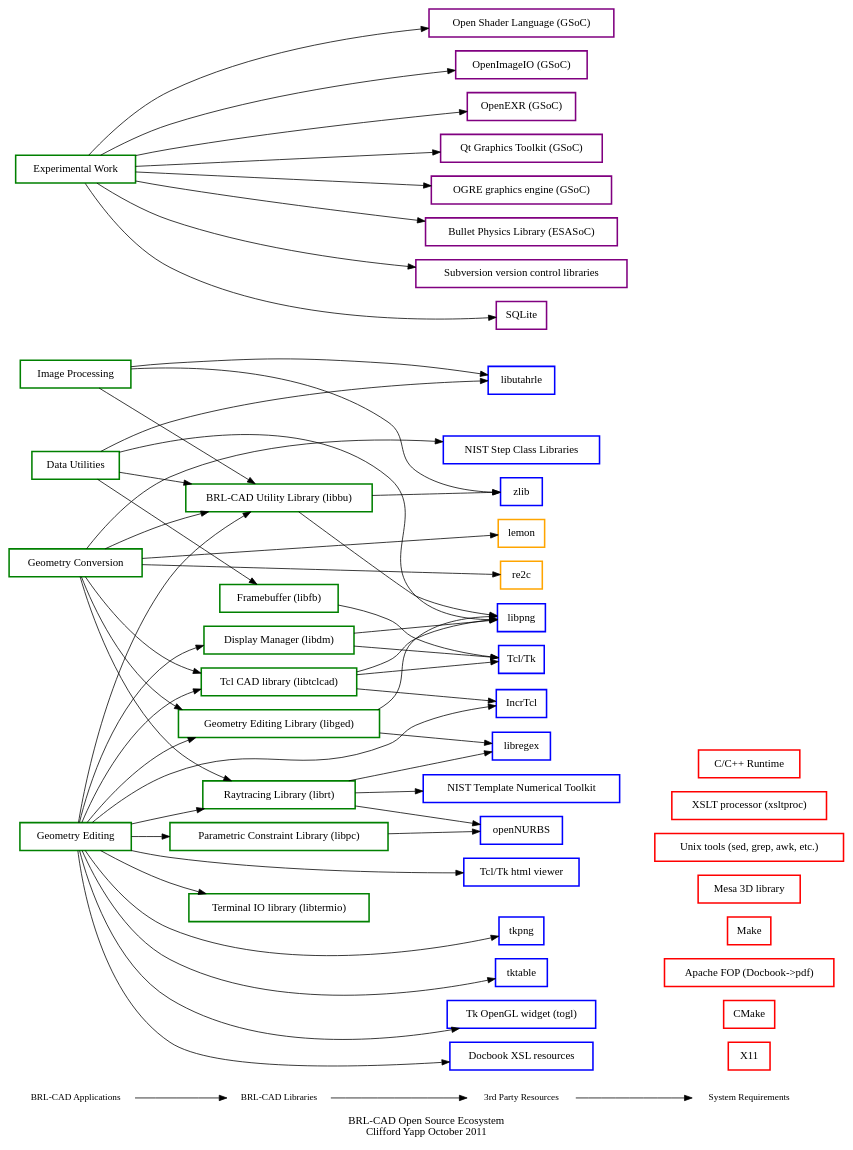
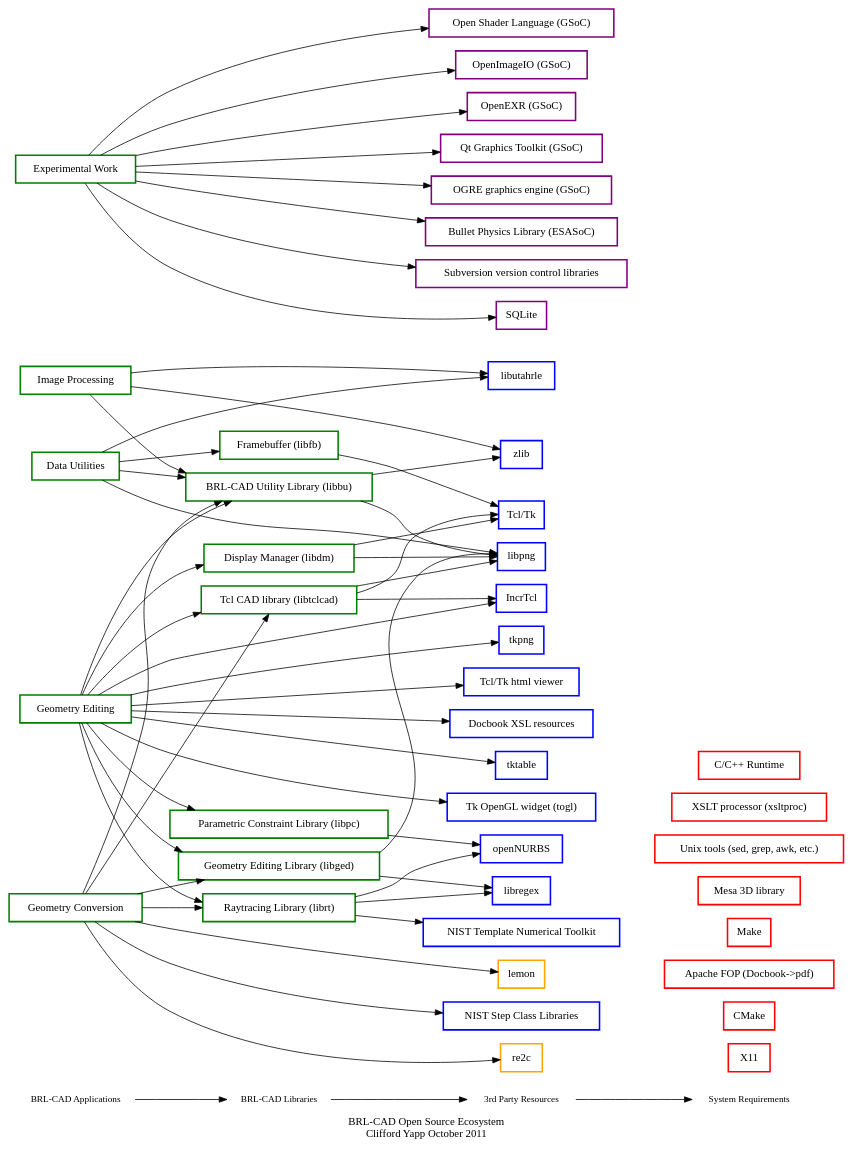
Before and after one commit to BRL-CAD/brlcad: the diagram in doc/notes/ecosystem.dot, drawn with Graphviz. The commit also changed 23 other files, not shown here.

```diff
--- a/doc/notes/ecosystem.dot
+++ b/doc/notes/ecosystem.dot
@@ -1,191 +1,189 @@
 /*                   E C O S Y S T E M . D O T
  * BRL-CAD
  *
  * Copyright (c) 2011-2023 United States Government as represented by
  * the U.S. Army Research Laboratory.
  *
  * Redistribution and use in source (Graphviz format) and 'compiled'
  * forms (PDF, PostScript, HTML, RTF, etc.), with or without
  * modification, are permitted provided that the following conditions
  * are met:
  *
  * 1. Redistributions of source code (Docbook format) must retain the
  * above copyright notice, this list of conditions and the following
  * disclaimer.
  *
  * 2. Redistributions in compiled form (transformed to other DTDs,
  * converted to PDF, PostScript, HTML, RTF, and other formats) must
  * reproduce the above copyright notice, this list of conditions and
  * the following disclaimer in the documentation and/or other
  * materials provided with the distribution.
  *
  * 3. The name of the author may not be used to endorse or promote
  * products derived from this documentation without specific prior
  * written permission.
  *
  * THIS DOCUMENTATION IS PROVIDED BY THE AUTHOR AS IS'' AND ANY
  * EXPRESS OR IMPLIED WARRANTIES, INCLUDING, BUT NOT LIMITED TO, THE
  * IMPLIED WARRANTIES OF MERCHANTABILITY AND FITNESS FOR A PARTICULAR
  * PURPOSE ARE DISCLAIMED. IN NO EVENT SHALL THE AUTHOR BE LIABLE FOR
  * ANY DIRECT, INDIRECT, INCIDENTAL, SPECIAL, EXEMPLARY, OR
  * CONSEQUENTIAL DAMAGES (INCLUDING, BUT NOT LIMITED TO, PROCUREMENT
  * OF SUBSTITUTE GOODS OR SERVICES; LOSS OF USE, DATA, OR PROFITS; OR
  * BUSINESS INTERRUPTION) HOWEVER CAUSED AND ON ANY THEORY OF
  * LIABILITY, WHETHER IN CONTRACT, STRICT LIABILITY, OR TORT
  * (INCLUDING NEGLIGENCE OR OTHERWISE) ARISING IN ANY WAY OUT OF THE
  * USE OF THIS DOCUMENTATION, EVEN IF ADVISED OF THE POSSIBILITY OF
  * SUCH DAMAGE.
  */
 
 digraph BRLCADDeps{
 	//overlap=scale
 	rankdir=LR;
 	label="BRL-CAD Open Source Ecosystem\nClifford Yapp October 2011";
 
 	{
 	     node [shape=plaintext, fontsize=12];
 	     "BRL-CAD Applications" -> "BRL-CAD Libraries" -> "3rd Party Resources" -> "System Requirements";
 	};
 
 
 	// Libraries
 
 	tcltk [color = "blue", style = bold, shape = box, label = "Tcl/Tk"];
 	tkhtml [color = "blue", style = bold, shape = box, label = "Tcl/Tk html viewer"];
 	tkpng [color = "blue", style = bold, shape = box, label = "tkpng"];
 	tktable [color = "blue", style = bold, shape = box, label = "tktable"];
 	togl [color = "blue", style = bold, shape = box, label = "Tk OpenGL widget (togl)"];
 	incrTcl [color = "blue", style = bold, shape = box, label = "IncrTcl"];
 
 
 	libpng [color = "blue", style = bold, shape = box, label = "libpng"];
 	libregex [color = "blue", style = bold, shape = box, label = "libregex"];
 	libutahrle [color = "blue", style = bold, shape = box, label = "libutahrle"];
 	opennurbs [color = "blue", style = bold, shape = box, label = "openNURBS"];
 	scl [color = "blue", style = bold, shape = box, label = "NIST Step Class Libraries"];
 	tnt [color = "blue", style = bold, shape = box, label = "NIST Template Numerical Toolkit"];
 	xsl [color = "blue", style = bold, shape = box, label = "Docbook XSL resources"];
 	zlib [color = "blue", style = bold, shape = box, label = "zlib"];
 
 	// Tools
 	//re2clemon [color = "orange", style = bold, shape = box, label = "re2c + lemon"];
 	re2c [color = "orange", style = bold, shape = box, label = "re2c"];
 	lemon [color = "orange", style = bold, shape = box, label = "lemon"];
 	//{ rank = same; "3rd Party Resources"; tcltk; tkhtml; tkpng; tktable; togl; incrTcl; libpng; libregex; libutahrle; opennurbs; scl; tnt; xsl; zlib; re2clemon; }
 	{ rank = same; "3rd Party Resources"; tcltk; tkhtml; tkpng; tktable; togl; incrTcl; libpng; libregex; libutahrle; opennurbs; scl; tnt; xsl; zlib; re2c; lemon; }
 	// GSoC
 	osl [color = "purple", style = bold, shape = box, label = "Open Shader Language (GSoC)"];
 	oiio [color = "purple", style = bold, shape = box, label = "OpenImageIO (GSoC)"];
 	openexr [color = "purple", style = bold, shape = box, label = "OpenEXR (GSoC)"];
 	qt [color = "purple", style = bold, shape = box, label = "Qt Graphics Toolkit (GSoC)"];
 	ogre3d [color = "purple", style = bold, shape = box, label = "OGRE graphics engine (GSoC)"];
 	bullet [color = "purple", style = bold, shape = box, label = "Bullet Physics Library (ESASoC)"];
 
 	{ rank = same; "3rd Party Resources"; bullet; osl; oiio; openexr; qt; ogre3d; }
 
 	// GeomCore only
 	subversion [color = "purple", style = bold, shape = box, label = "Subversion version control libraries"];
 	//apr [color = "purple", style = bold, shape = box, label = "Apache Portable Runtime"];
 	//uuid [color = "purple", style = bold, shape = box, label = "Universally Unique Identifiers (OSSP uuid)"];
 	sqlite [color = "purple", style = bold, shape = box, label = "SQLite"];
 
 	{ rank = same; "3rd Party Resources"; subversion; sqlite; }
 
 	// System (not bundled)
 	X11 [color = "red", style = bold, shape = box, label = "X11"];
 	cmake [color = "red", style = bold, shape = box, label = "CMake"];
 	fop [color = "red", style = bold, shape = box, label = "Apache FOP (Docbook->pdf)"];
 	make [color = "red", style = bold, shape = box, label = "Make"];
 	mesa [color = "red", style = bold, shape = box, label = "Mesa 3D library"];
 	unixtools [color = "red", style = bold, shape = box, label = "Unix tools (sed, grep, awk, etc.)"];
 	xsltproc [color = "red", style = bold, shape = box, label = "XSLT processor (xsltproc)"];
 	crun [color = "red", style = bold, shape = box, label = "C/C++ Runtime"];
 
 	{ rank = same; "System Requirements"; X11; cmake; crun; fop; make; mesa; unixtools; xsltproc; }
 
 	// BRL-CAD components
 	libbu [color = "green", style = bold, shape = box, label = "BRL-CAD Utility Library (libbu)"];
 	libpc [color = "green", style = bold, shape = box, label = "Parametric Constraint Library (libpc)"];
 	librt [color = "green", style = bold, shape = box, label = "Raytracing Library (librt)"];
 	libdm [color = "green", style = bold, shape = box, label = "Display Manager (libdm)"];
 	libfb [color = "green", style = bold, shape = box, label = "Framebuffer (libfb)"];
 	libged [color = "green", style = bold, shape = box, label = "Geometry Editing Library (libged)"];
 	libtclcad [color = "green", style = bold, shape = box, label = "Tcl CAD library (libtclcad)"];
-	libtermio [color = "green", style = bold, shape = box, label = "Terminal IO library (libtermio)"];
 
-	{ rank = same; "BRL-CAD Libraries"; libbu; libpc; librt; libdm; libged; libtclcad; libtermio; }
+	{ rank = same; "BRL-CAD Libraries"; libbu; libpc; librt; libdm; libged; libtclcad; }
 
 	// BRL-CAD Application Categories
 	geomedit [color = "green", style = bold, shape = box, label = "Geometry Editing"];
 	geomconv [color = "green", style = bold, shape = box, label = "Geometry Conversion"];
 	datautil [color = "green", style = bold, shape = box, label = "Data Utilities"];
 	imageproc [color = "green", style = bold, shape = box, label = "Image Processing"];
 	experimental [color = "green", style = bold, shape = box, label = "Experimental Work"];
 
 	{ rank = same; "BRL-CAD Applications"; geomedit; geomconv; datautil; imageproc; experimental; }
 
 
 	/* Relationships */
 
 	libbu -> libpng;
 	libbu -> zlib;
 
 	libpc -> opennurbs;
 
 	librt -> libregex;
 	librt -> tnt;
 	librt -> opennurbs;
 
 	libdm -> tcltk;
 	libdm -> libpng;
 
 	libfb -> tcltk;
 
 	libged -> libregex;
 	libged -> libpng;
 
 	libtclcad -> tcltk;
 	libtclcad -> incrTcl;
 	libtclcad -> libpng;
 
 	experimental -> osl;
 	experimental -> oiio;
 	experimental -> openexr;
 	experimental -> qt;
 	experimental -> ogre3d;
 	experimental -> sqlite;
 	experimental -> subversion;
 	experimental -> bullet;
 
 	geomedit -> libbu;
 	geomedit -> libpc;
 	geomedit -> librt;
 	geomedit -> libdm;
 	geomedit -> libged;
 	geomedit -> libtclcad;
-	geomedit -> libtermio;
 	geomedit -> tkhtml;
 	geomedit -> tkpng;
 	geomedit -> tktable;
 	geomedit -> togl;
 	geomedit -> incrTcl;
 	geomedit -> xsl;
 	geomconv -> libbu;
 	geomconv -> librt;
 	geomconv -> libtclcad;
 	geomconv -> libged;
 	geomconv -> scl;
 	geomconv -> lemon;
 	geomconv -> re2c;
 
 	datautil -> libbu;
 	datautil -> libfb;
 	datautil -> libpng;
 	datautil -> libutahrle;
 
 	imageproc -> libbu;
 	imageproc -> libutahrle;
 	imageproc -> zlib;
 
 
 }
```
